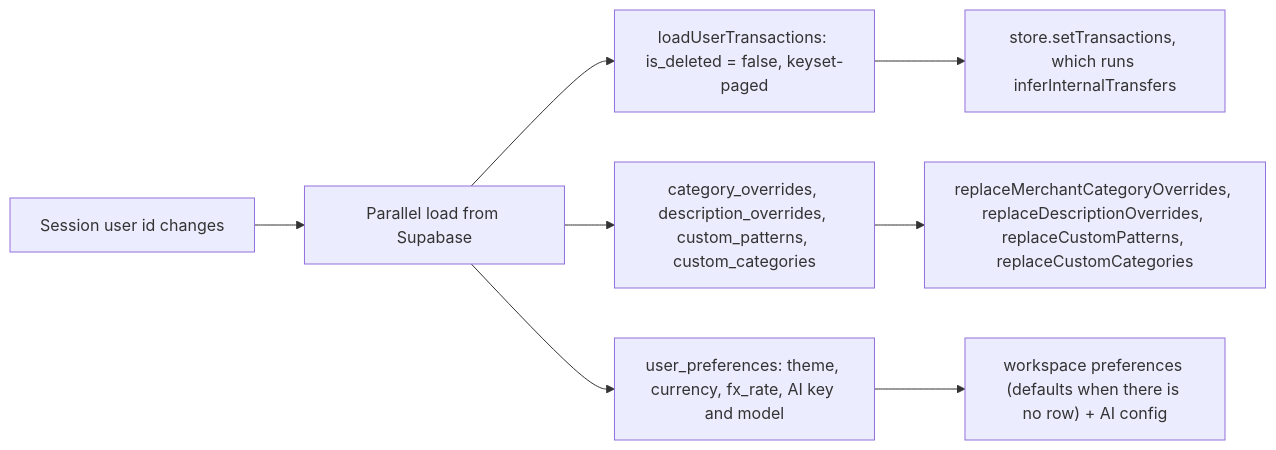
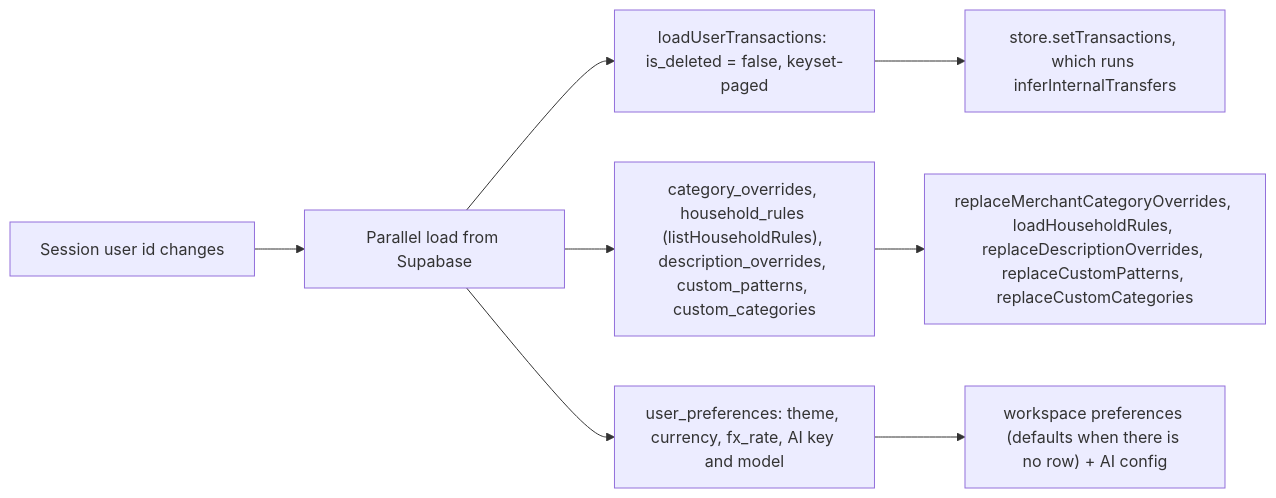
The second of 3 diagrams in docs/architecture.md (eltaiguer/tatu), drawn with Mermaid before and after one commit. The commit also changed other lines of this file and 51 other files, not shown here.

````diff
--- a/docs/architecture.md
+++ b/docs/architecture.md
@@ -225,10 +225,10 @@
 ```mermaid
 flowchart LR
     S["Session user id changes"] --> P["Parallel load from Supabase"]
     P --> T["loadUserTransactions: is_deleted = false, keyset-paged"]
-    P --> O["category_overrides, description_overrides, custom_patterns, custom_categories"]
+    P --> O["category_overrides, household_rules (listHouseholdRules), description_overrides, custom_patterns, custom_categories"]
     P --> U["user_preferences: theme, currency, fx_rate, AI key and model"]
-    O --> R["replaceMerchantCategoryOverrides, replaceDescriptionOverrides, replaceCustomPatterns, replaceCustomCategories"]
+    O --> R["replaceMerchantCategoryOverrides, loadHouseholdRules, replaceDescriptionOverrides, replaceCustomPatterns, replaceCustomCategories"]
     U --> Q["workspace preferences (defaults when there is no row) + AI config"]
     T --> X["store.setTransactions, which runs inferInternalTransfers"]
 ```
````
